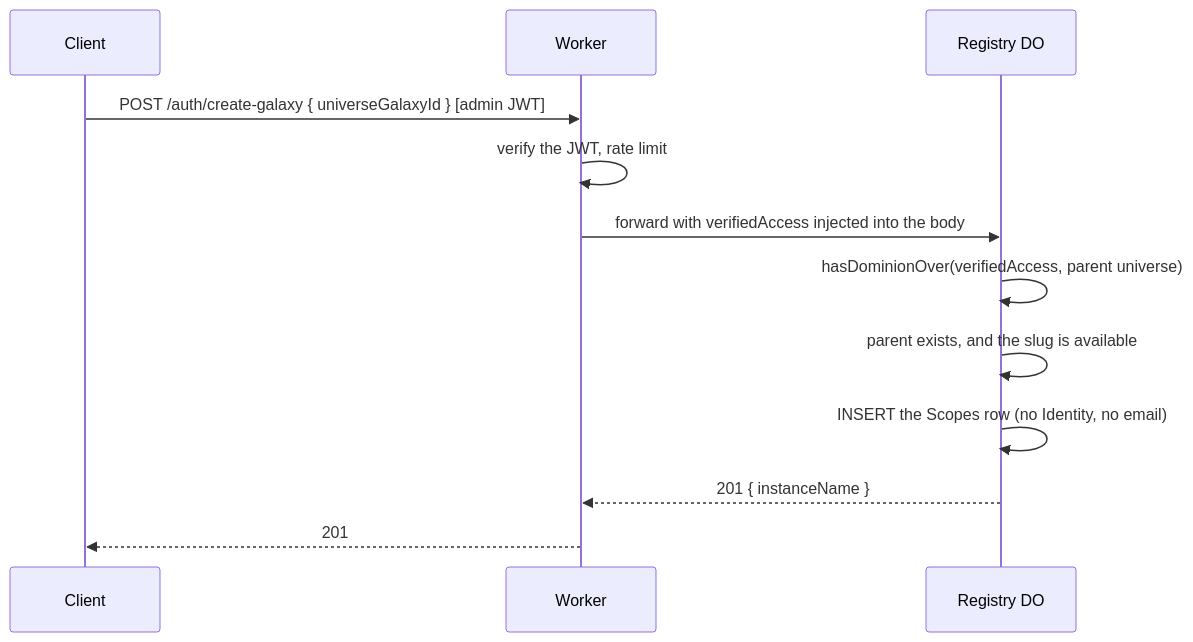
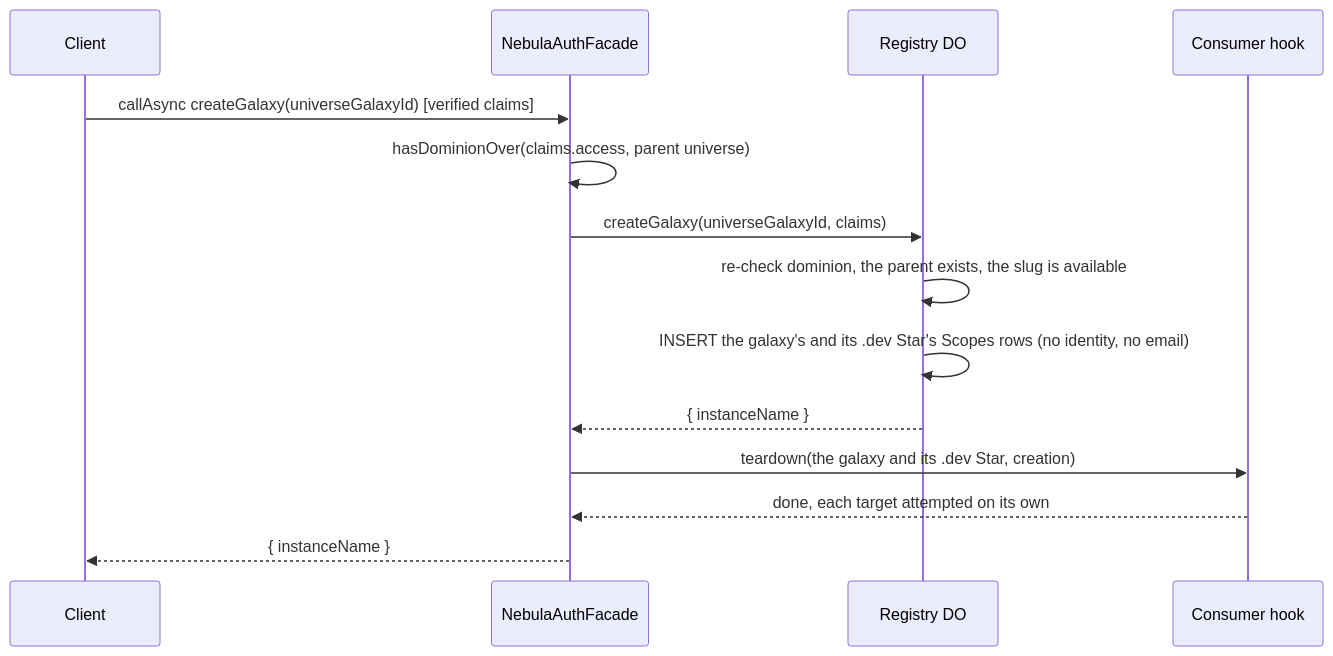
Before and after one commit to lumenize/lumenize: the fifth of 8 diagrams in packages/nebula-auth/README.md, drawn with Mermaid. The commit also changed other lines of this file and 324 other files, not shown here.

First line of the commit message:
feat(nebula): every scope on its own host, sessions on the platform host

````diff
--- a/packages/nebula-auth/README.md
+++ b/packages/nebula-auth/README.md
@@ -304,15 +304,17 @@
 ```mermaid
 sequenceDiagram
     participant C as Client
-    participant W as Worker
+    participant F as NebulaAuthFacade
     participant R as Registry DO
+    participant H as Consumer hook
 
-    C->>W: POST /auth/create-galaxy { universeGalaxyId } [admin JWT]
-    W->>W: verify the JWT, rate limit
-    W->>R: forward with verifiedAccess injected into the body
-    R->>R: hasDominionOver(verifiedAccess, parent universe)
-    R->>R: parent exists, and the slug is available
-    R->>R: INSERT the Scopes row (no Identity, no email)
-    R-->>W: 201 { instanceName }
-    W-->>C: 201
+    C->>F: callAsync createGalaxy(universeGalaxyId) [verified claims]
+    F->>F: hasDominionOver(claims.access, parent universe)
+    F->>R: createGalaxy(universeGalaxyId, claims)
+    R->>R: re-check dominion, the parent exists, the slug is available
+    R->>R: INSERT the galaxy's and its .dev Star's Scopes rows (no identity, no email)
+    R-->>F: { instanceName }
+    F->>H: teardown(the galaxy and its .dev Star, creation)
+    H-->>F: done, each target attempted on its own
+    F-->>C: { instanceName }
 ```
````
